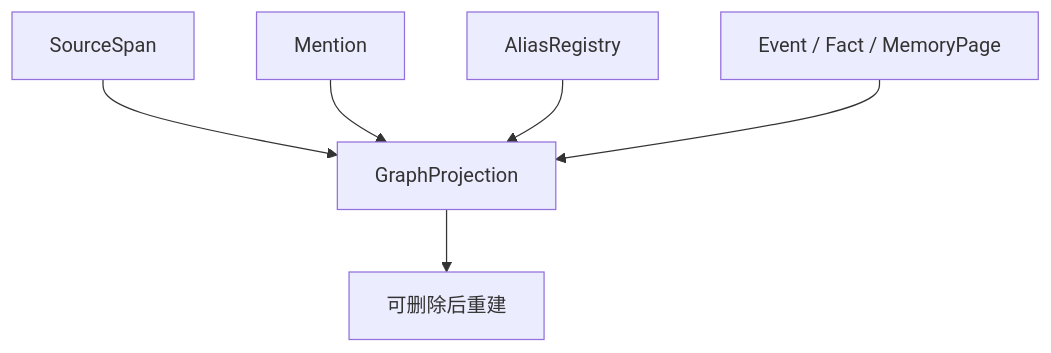
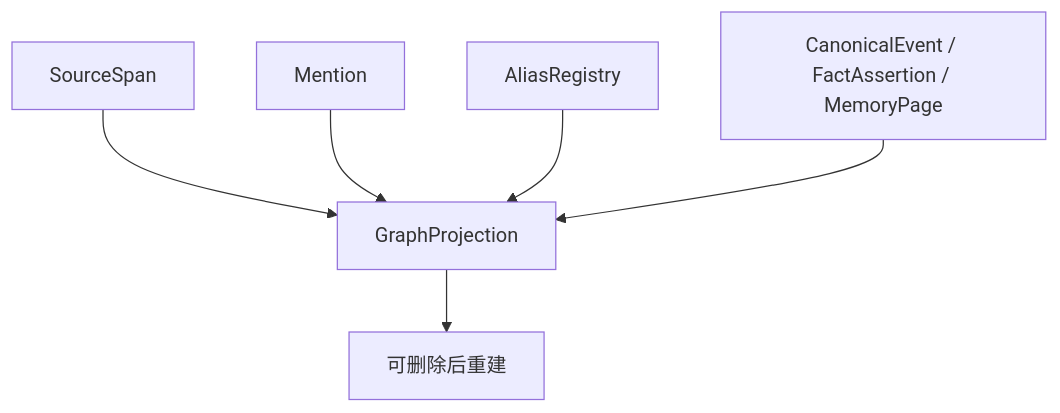
Before and after one commit to FrankQDWang/sextantlabs: the sixth of 6 diagrams in goals/19-story-auto-link.md, drawn with Mermaid. The commit also changed other lines of this file, not shown here.

Commit message:
Align story auto-link with canonical relation schema

````diff
--- a/goals/19-story-auto-link.md
+++ b/goals/19-story-auto-link.md
@@ -199,8 +213,8 @@
 ```mermaid
 flowchart TD
     A[SourceSpan] --> E[GraphProjection]
     B[Mention] --> E
     C[AliasRegistry] --> E
-    D[Event / Fact / MemoryPage] --> E
+    D[CanonicalEvent / FactAssertion / MemoryPage] --> E
     E --> F[可删除后重建]
 ```
````
